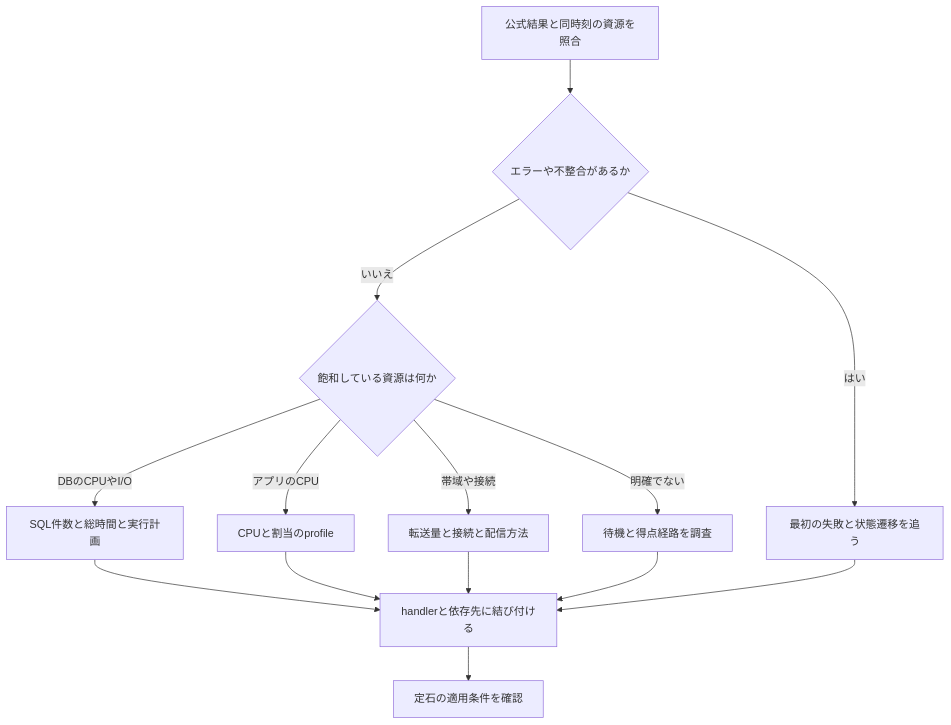
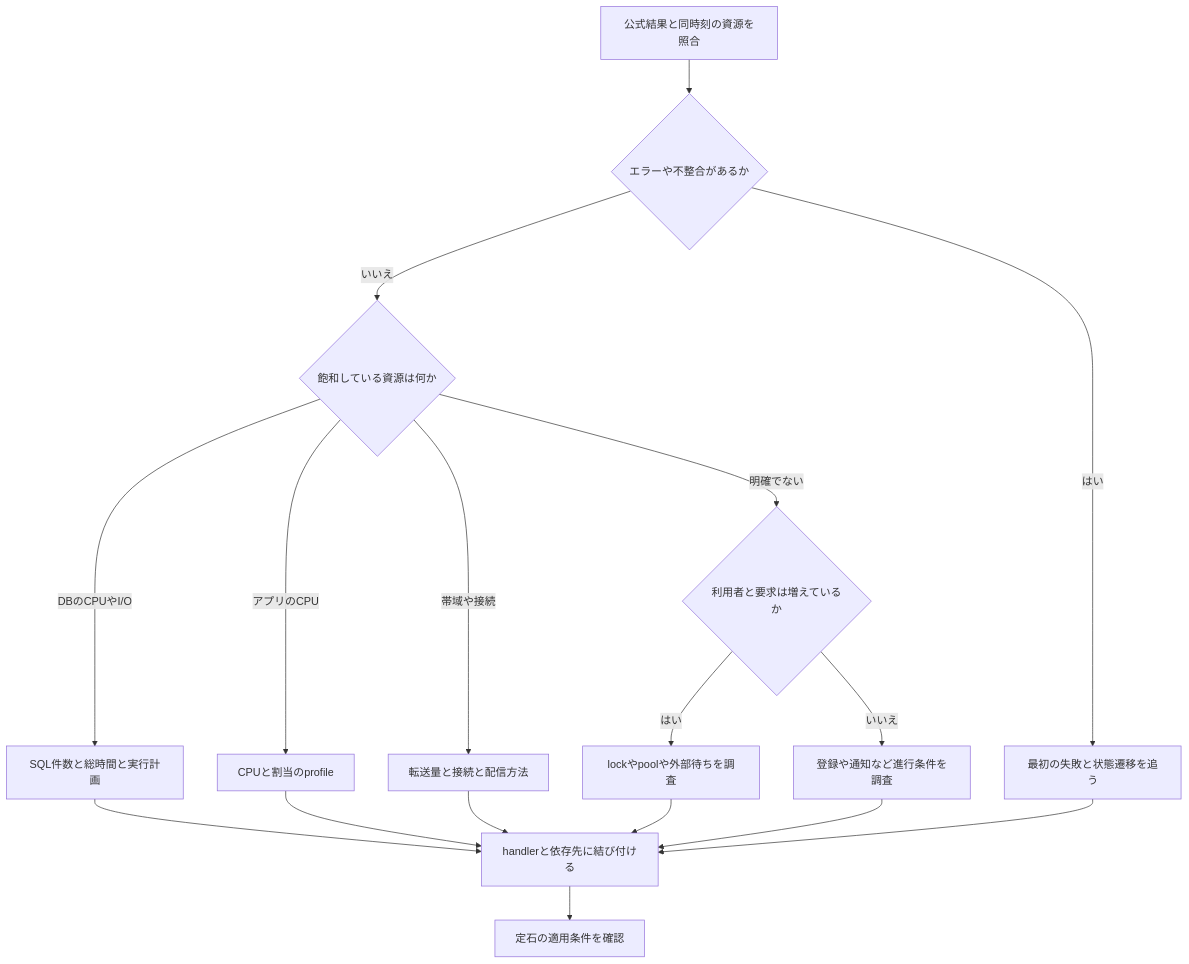
One commit to saitenntaisei/isucon_init changed the second of 3 diagrams in docs/isucon-playbook.md. Above: the diagram before and after it, drawn with Mermaid. The commit also changed other lines of this file and 3 other files, not shown here.

````diff
--- a/docs/isucon-playbook.md
+++ b/docs/isucon-playbook.md
@@ -109,16 +118,19 @@
 ```mermaid
 flowchart TD
     result["公式結果と同時刻の資源を照合"] --> invalid{"エラーや不整合があるか"}
     invalid -->|"はい"| correctness["最初の失敗と状態遷移を追う"]
     invalid -->|"いいえ"| saturated{"飽和している資源は何か"}
     saturated -->|"DBのCPUやI/O"| database["SQL件数と総時間と実行計画"]
     saturated -->|"アプリのCPU"| application["CPUと割当のprofile"]
     saturated -->|"帯域や接続"| network["転送量と接続と配信方法"]
-    saturated -->|"明確でない"| waits["待機と得点経路を調査"]
+    saturated -->|"明確でない"| demand{"利用者と要求は増えているか"}
+    demand -->|"いいえ"| gate["登録や通知など進行条件を調査"]
+    demand -->|"はい"| waits["lockやpoolや外部待ちを調査"]
     database --> evidence["handlerと依存先に結び付ける"]
     application --> evidence
     network --> evidence
     waits --> evidence
+    gate --> evidence
     correctness --> evidence
     evidence --> candidate["定石の適用条件を確認"]
 ```
````
